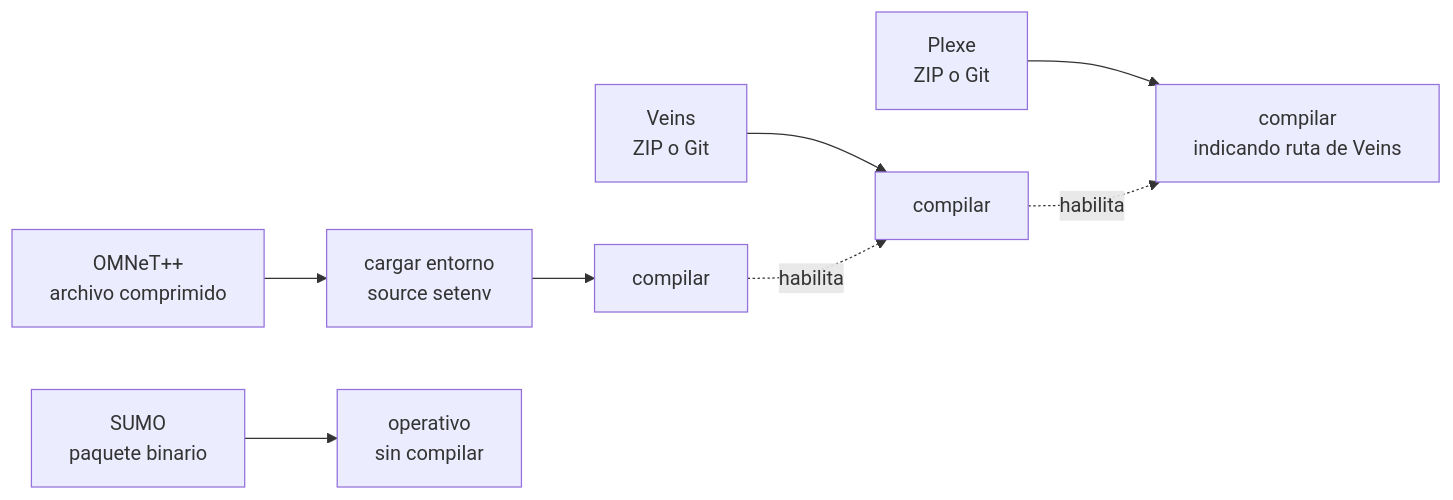
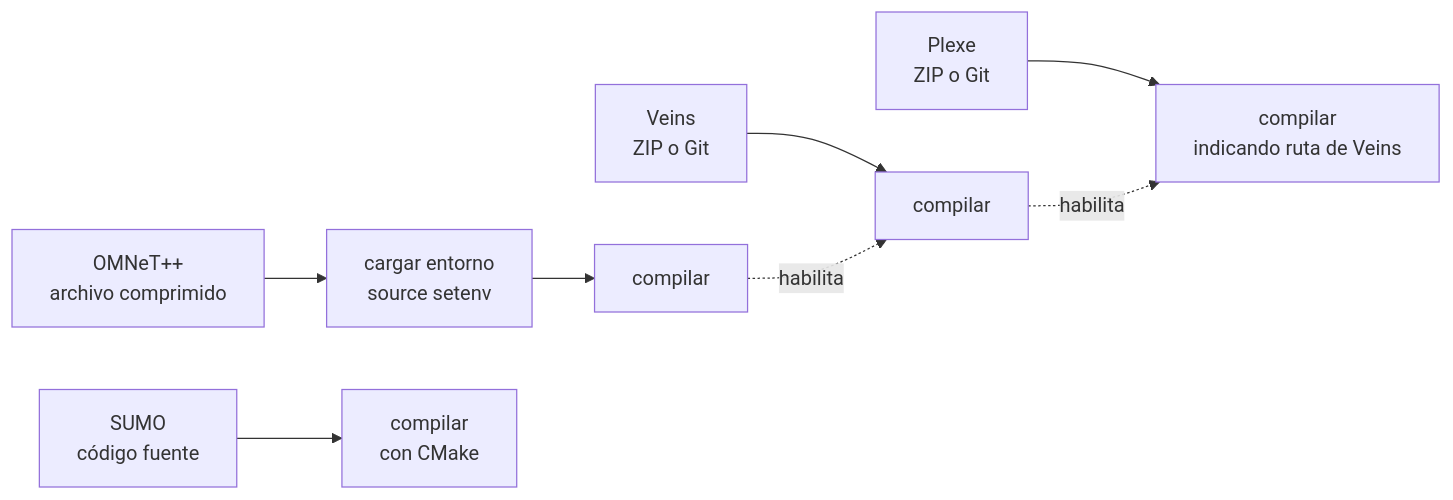
Before and after one commit to VictorJaqueA1/plexe-manual-victor-jaque: the second of 2 diagrams in docs/instalacion.md, drawn with Mermaid. The commit also changed other lines of this file and 3 other files, not shown here.

Commit message:
Documenta paso 3.1: dependencias de SUMO 1.22.0; SUMO se compila desde el codigo fuente

````diff
--- a/docs/instalacion.md
+++ b/docs/instalacion.md
@@ -117,9 +119,9 @@
 ```mermaid
 flowchart LR
     A1["OMNeT++<br/>archivo comprimido"] --> A2["cargar entorno<br/>source setenv"] --> A3["compilar"]
     B1["Veins<br/>ZIP o Git"] --> B2["compilar"]
     C1["Plexe<br/>ZIP o Git"] --> C2["compilar<br/>indicando ruta de Veins"]
-    D1["SUMO<br/>paquete binario"] --> D2["operativo<br/>sin compilar"]
+    D1["SUMO<br/>código fuente"] --> D2["compilar<br/>con CMake"]
     A3 -.->|"habilita"| B2
     B2 -.->|"habilita"| C2
 ```
````
